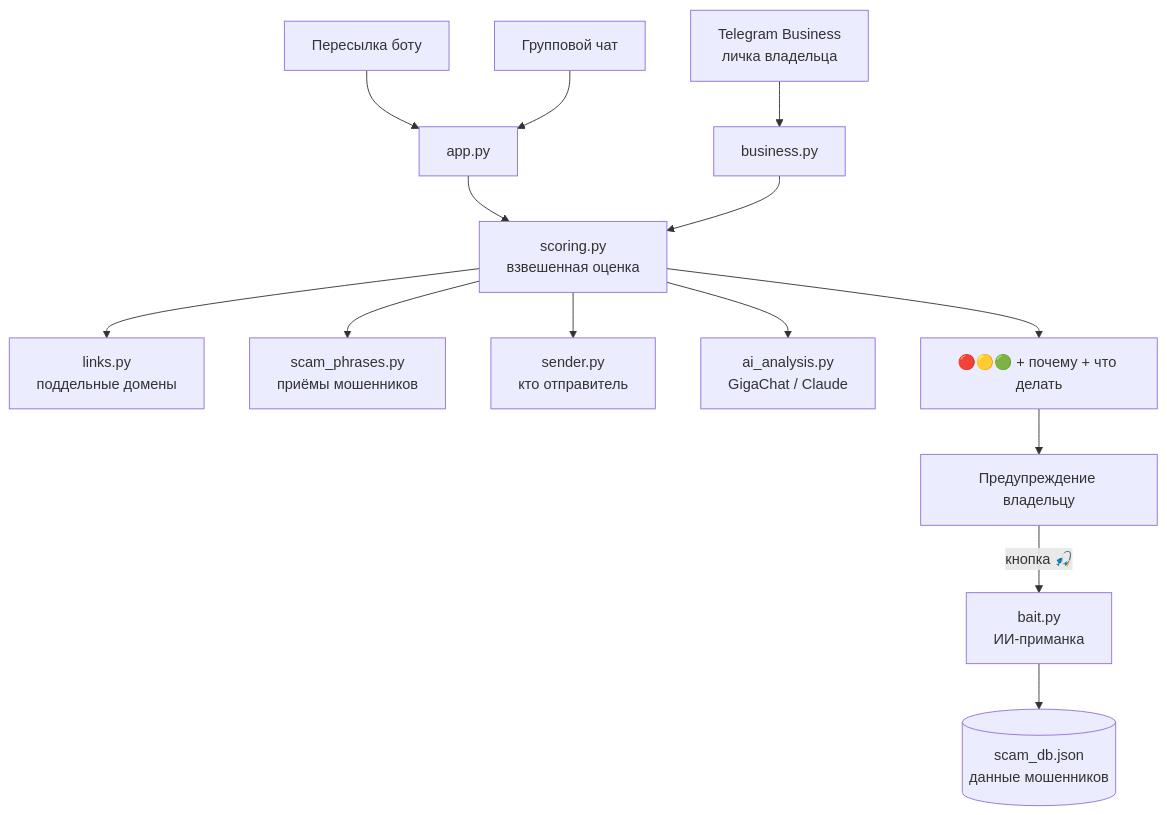
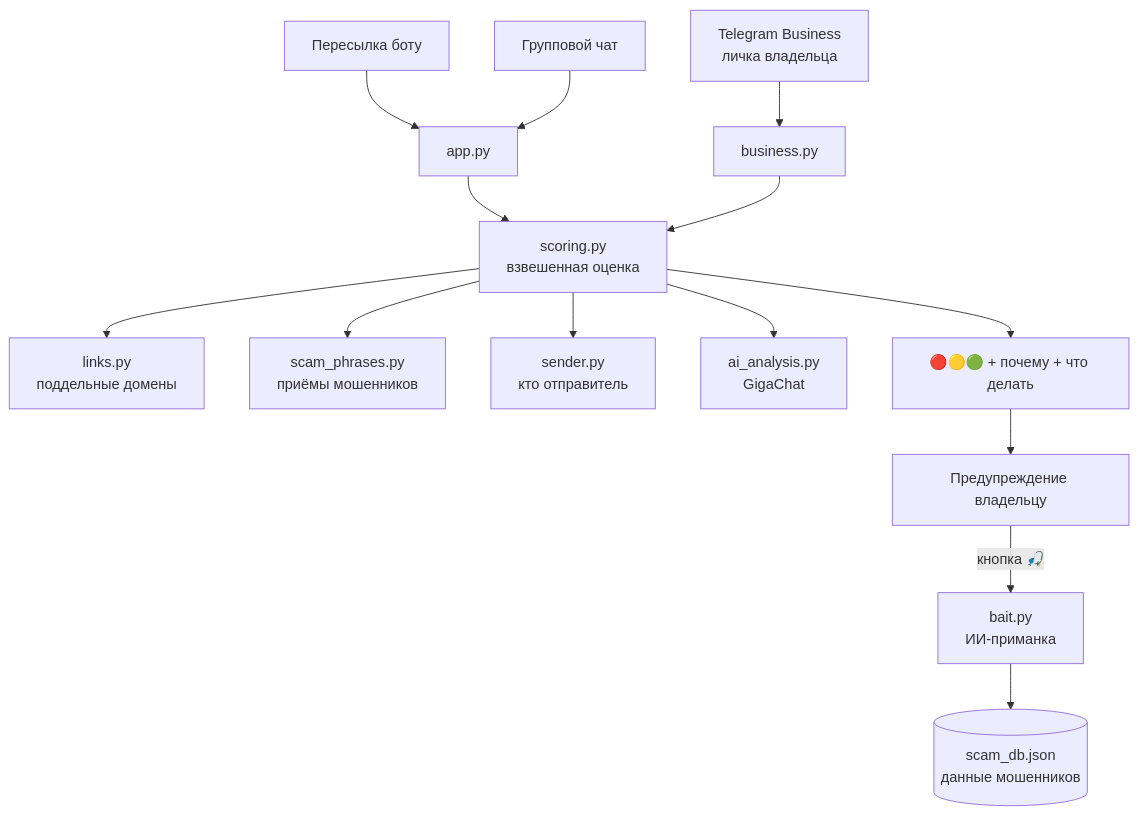
The diagram in README.md (gunya98/vibehackezhe), drawn with Mermaid before and after one commit. The commit also changed other lines of this file and 1 other file, not shown here.

````diff
--- a/README.md
+++ b/README.md
@@ -86,16 +86,16 @@
 ```mermaid
 flowchart TD
     A[Пересылка боту] --> APP[app.py]
     B[Групповой чат] --> APP
     C[Telegram Business<br/>личка владельца] --> BUS[business.py]
     APP --> S[scoring.py<br/>взвешенная оценка]
     BUS --> S
     S --> L[links.py<br/>поддельные домены]
     S --> P[scam_phrases.py<br/>приёмы мошенников]
     S --> SE[sender.py<br/>кто отправитель]
-    S --> AI[ai_analysis.py<br/>GigaChat / Claude]
+    S --> AI[ai_analysis.py<br/>GigaChat]
     S --> R[🔴🟡🟢 + почему + что делать]
     R --> W[Предупреждение владельцу]
     W -->|кнопка 🎣| BAIT[bait.py<br/>ИИ-приманка]
     BAIT --> DB[(scam_db.json<br/>данные мошенников)]
 ```
````
